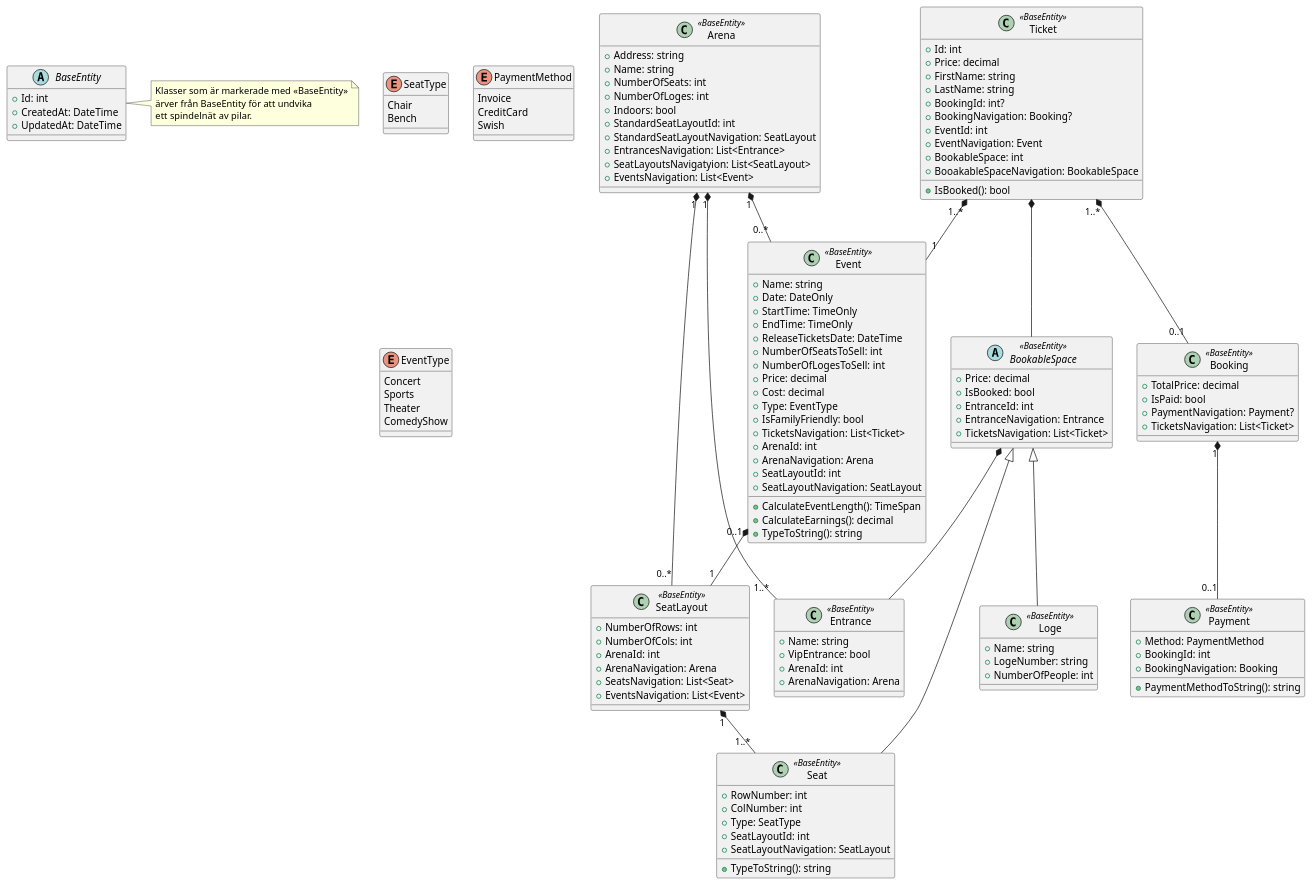
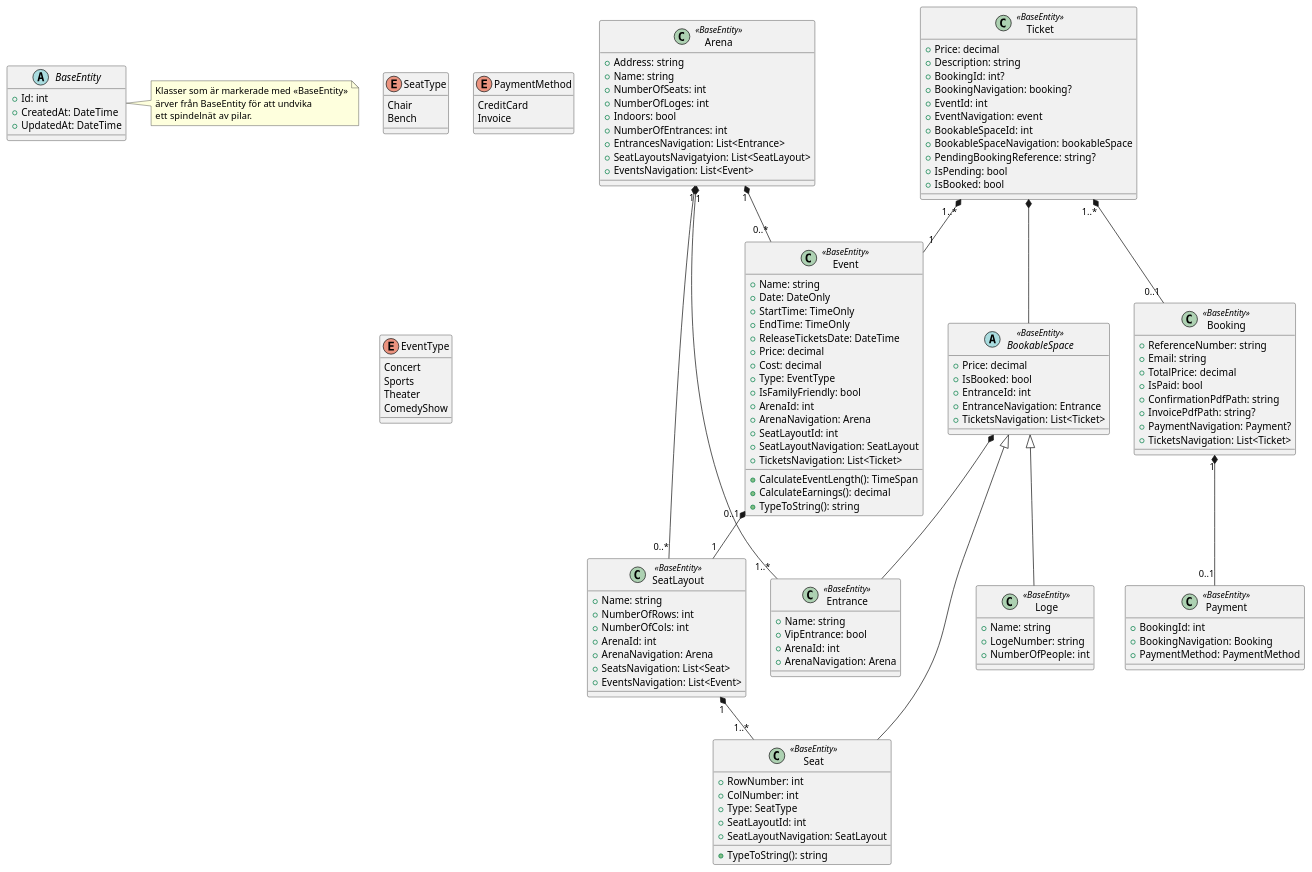
The diagram in uml.puml (Mossberg1/ObjektOrienteradDesignBiljettShoppen), drawn with PlantUML before and after one commit.

Commit message:
UML diagram uppdaterat och korrigerat pilar.

```diff
--- a/uml.puml
+++ b/uml.puml
@@ -1,150 +1,150 @@
 @startuml
 
 enum SeatType {
     Chair
     Bench
 }
 
 enum PaymentMethod {
+    CreditCard
     Invoice
-    CreditCard
-    Swish
 }
 
 enum EventType {
     Concert
     Sports
     Theater
     ComedyShow
 }
 
 abstract class BaseEntity {
     + Id: int
     + CreatedAt: DateTime
     + UpdatedAt: DateTime
 }
 
 note right of BaseEntity
   Klasser som är markerade med <<BaseEntity>>
   ärver från BaseEntity för att undvika
   ett spindelnät av pilar.
 end note
 
 abstract class BookableSpace <<BaseEntity>> {
     + Price: decimal
     + IsBooked: bool
     + EntranceId: int
     + EntranceNavigation: Entrance
     + TicketsNavigation: List<Ticket>
 }
 
 class Arena <<BaseEntity>> {
     + Address: string
     + Name: string
     + NumberOfSeats: int
     + NumberOfLoges: int
     + Indoors: bool
-    + StandardSeatLayoutId: int
-    + StandardSeatLayoutNavigation: SeatLayout
+    + NumberOfEntrances: int 
     + EntrancesNavigation: List<Entrance> 
     + SeatLayoutsNavigatyion: List<SeatLayout>
     + EventsNavigation: List<Event>
 }
-
+ 
 class SeatLayout <<BaseEntity>> {
+    + Name: string 
     + NumberOfRows: int
     + NumberOfCols: int
     + ArenaId: int
     + ArenaNavigation: Arena
     + SeatsNavigation: List<Seat>
     + EventsNavigation: List<Event>
 }
 
 class Entrance <<BaseEntity>> {
     + Name: string
     + VipEntrance: bool
     + ArenaId: int 
     + ArenaNavigation: Arena 
 }
 
 class Event <<BaseEntity>> {
     + Name: string
     + Date: DateOnly
     + StartTime: TimeOnly
     + EndTime: TimeOnly
     + ReleaseTicketsDate: DateTime
-    + NumberOfSeatsToSell: int
-    + NumberOfLogesToSell: int
     + Price: decimal
     + Cost: decimal
     + Type: EventType
     + IsFamilyFriendly: bool 
-    + TicketsNavigation: List<Ticket> 
     + ArenaId: int 
     + ArenaNavigation: Arena
     + SeatLayoutId: int
     + SeatLayoutNavigation: SeatLayout
+    + TicketsNavigation: List<Ticket> 
     + CalculateEventLength(): TimeSpan
     + CalculateEarnings(): decimal
     + TypeToString(): string
 }
 
 class Ticket <<BaseEntity>> {
-    + Id: int
     + Price: decimal
-    + FirstName: string
-    + LastName: string
+    + Description: string 
     + BookingId: int? 
-    + BookingNavigation: Booking? 
+    + BookingNavigation: booking? 
     + EventId: int 
-    + EventNavigation: Event
-    + BookableSpace: int
-    + BooakableSpaceNavigation: BookableSpace
-    + IsBooked(): bool
+    + EventNavigation: event 
+    + BookableSpaceId: int 
+    + BookableSpaceNavigation: bookableSpace
+    + PendingBookingReference: string? 
+    + IsPending: bool 
+    + IsBooked: bool 
 }
 
 class Seat <<BaseEntity>>{
     + RowNumber: int
     + ColNumber: int
     + Type: SeatType
     + SeatLayoutId: int
     + SeatLayoutNavigation: SeatLayout
     + TypeToString(): string 
 }
 
 class Loge <<BaseEntity>> { 
     + Name: string
     + LogeNumber: string
     + NumberOfPeople: int
 }
 
 class Booking <<BaseEntity>> {
-    + TotalPrice: decimal
-    + IsPaid: bool
+    + ReferenceNumber: string 
+    + Email: string 
+    + TotalPrice: decimal 
+    + IsPaid: bool 
+    + ConfirmationPdfPath: string 
+    + InvoicePdfPath: string? 
     + PaymentNavigation: Payment? 
     + TicketsNavigation: List<Ticket>
 }
 
 class Payment <<BaseEntity>> {
-    + Method: PaymentMethod
-    + BookingId: int
+    + BookingId: int 
     + BookingNavigation: Booking 
-    + PaymentMethodToString(): string
+    + PaymentMethod: PaymentMethod 
 }
 
 Arena "1" *-- "0..*" Event
 BookableSpace *-- Entrance
 Arena "1" *-- "1..*" Entrance
 Ticket "1..*" *-- "0..1" Booking
 Booking "1" *-- "0..1" Payment
 Ticket "1..*" *-- "1"  Event
 
 BookableSpace <|-- Seat
 BookableSpace <|-- Loge
 Ticket *-- BookableSpace
 
 SeatLayout "1" *-- "1..*" Seat
 Arena "1" *-- "0..*" SeatLayout
 Event "0..1" *-- "1" SeatLayout
 
 @enduml
```
